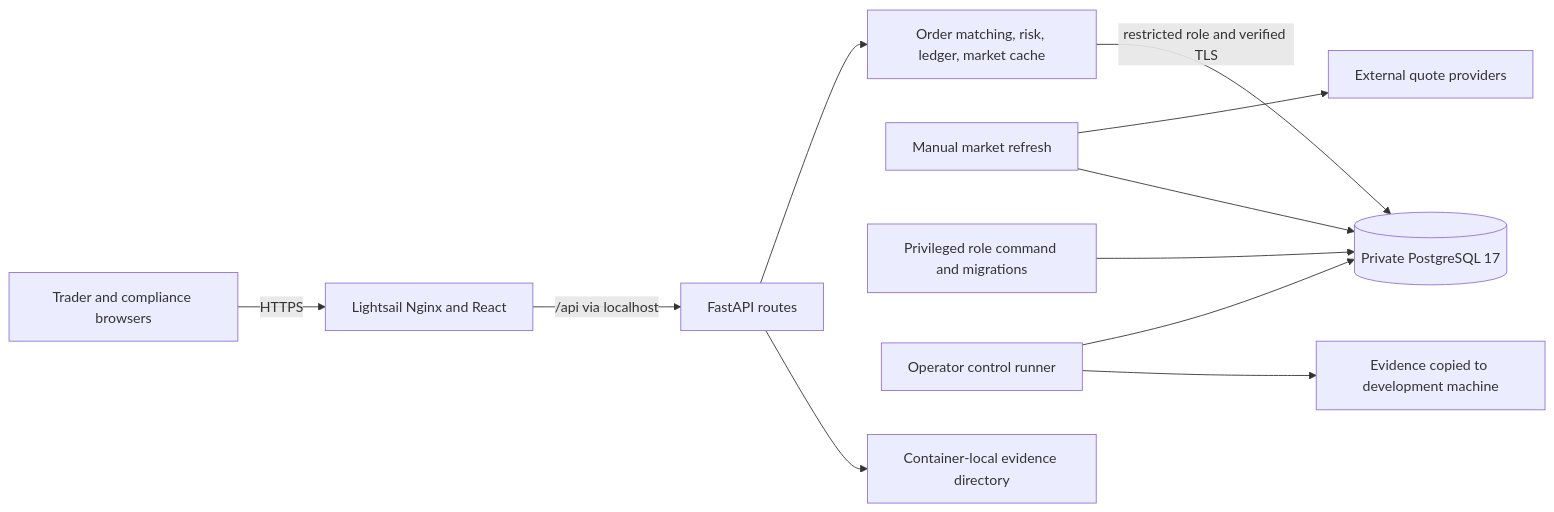
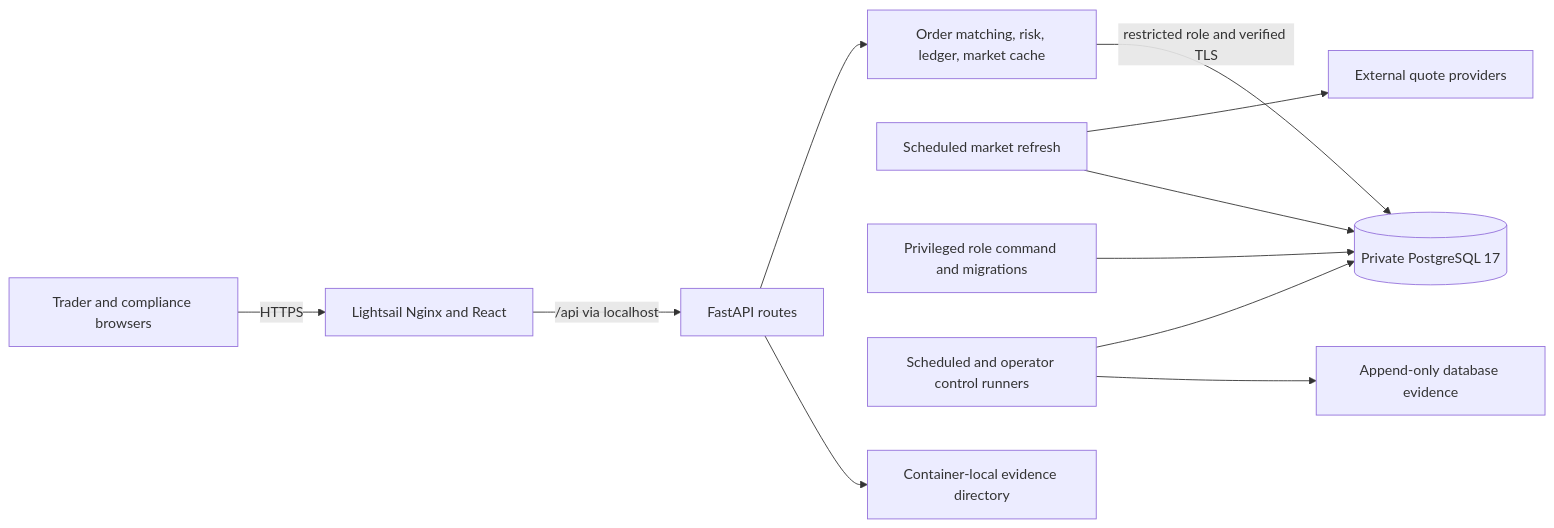
Before and after one commit to slowgold05/Fintech-trading-risk-engine: the diagram in Architecture.md, drawn with Mermaid. The commit also changed other lines of this file and 9 other files, not shown here.

Commit message:
docs: rebuild README and add themed architecture diagram

````diff
--- a/Architecture.md
+++ b/Architecture.md
@@ -5,13 +7,13 @@
 ```mermaid
 flowchart LR
     Browser[Trader and compliance browsers] -->|HTTPS| Web[Lightsail Nginx and React]
     Web -->|/api via localhost| API[FastAPI routes]
     API --> Services[Order matching, risk, ledger, market cache]
     Services -->|restricted role and verified TLS| DB[(Private PostgreSQL 17)]
-    MarketJob[Manual market refresh] --> Providers[External quote providers]
+    MarketJob[Scheduled market refresh] --> Providers[External quote providers]
     MarketJob --> DB
     Operator[Privileged role command and migrations] --> DB
-    Controls[Operator control runner] --> DB
-    Controls --> Evidence[Evidence copied to development machine]
+    Controls[Scheduled and operator control runners] --> DB
+    Controls --> Evidence[Append-only database evidence]
     API --> ContainerEvidence[Container-local evidence directory]
 ```
````
